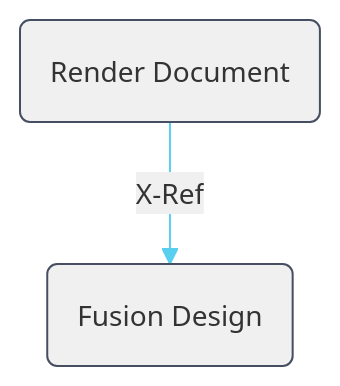
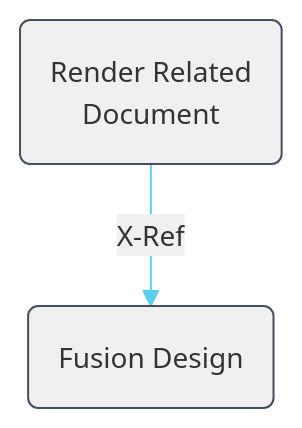
Before and after one commit to schneik80/Fusion-Create-Discipline-Document: the fourth of 4 diagrams in README.md, drawn with Mermaid. The commit also changed other lines of this file and 1 other file, not shown here.

````diff
--- a/README.md
+++ b/README.md
@@ -115,22 +113,22 @@
 ```mermaid
 %%{
 init: {
 'theme':'base',
 'themeVariables': {
 'primaryColor': '#f0f0f0',
 'primaryBorderColor': '#454F61',
 'lineColor': '#59cff0',
 'tertiaryColor': '#e1ecf5',
 'fontSize': '14px'
 }
 }
 }%%
 
 graph TD
 
 A(Fusion Design)
-B(Render Document)
+B(Render Related\n Document)
 
 B --"X-Ref"--> A
 
 ```
````
